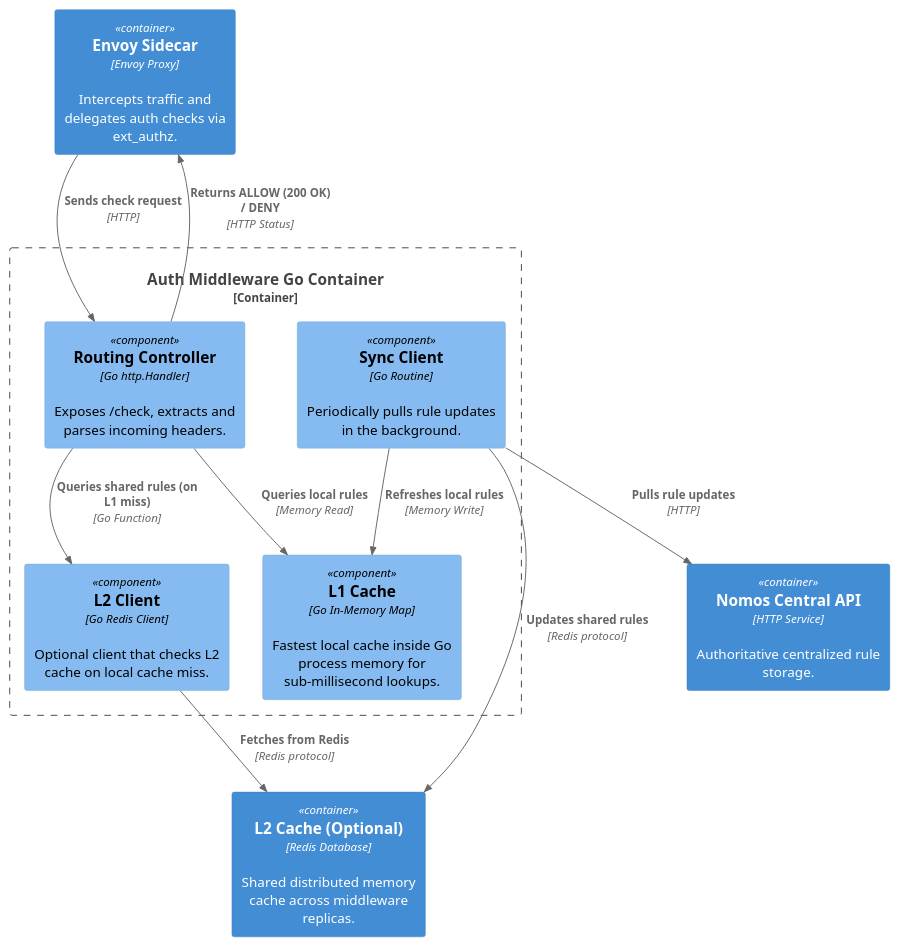
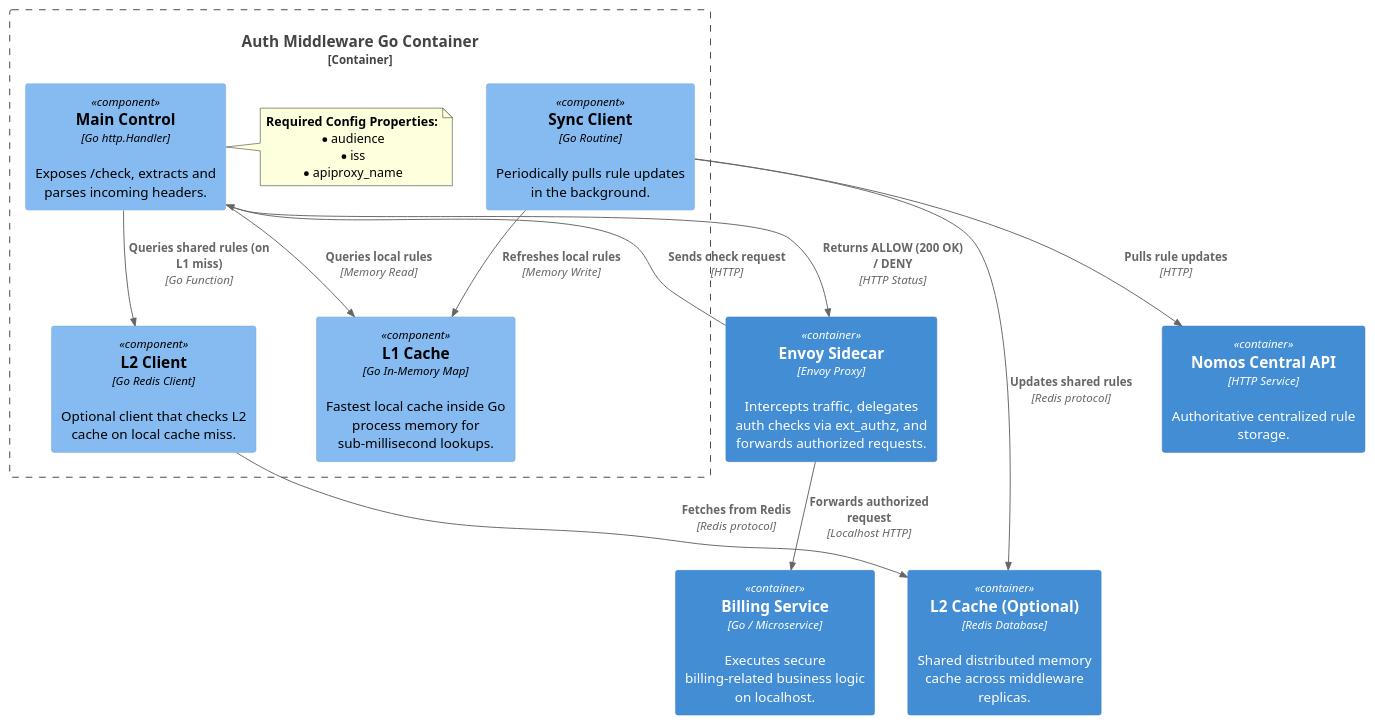
The diagram in public/blog/2026-08-08-auth-ext-middleware/c3-component.puml (kiquetal/kiquetal.github.io), drawn with PlantUML before and after one commit. The commit also changed 1 other file, not shown here.

Commit message:
feat: update C4 diagrams for billing service with detailed components and roles

```diff
--- a/public/blog/2026-08-08-auth-ext-middleware/c3-component.puml
+++ b/public/blog/2026-08-08-auth-ext-middleware/c3-component.puml
@@ -1,25 +1,34 @@
 @startuml
 !includeurl https://raw.githubusercontent.com/RicardoNiepel/C4-PlantUML/release/1-0/C4_Component.puml
 
-Container(sidecar, "Envoy Sidecar", "Envoy Proxy", "Intercepts traffic and delegates auth checks via ext_authz.")
+Container(sidecar, "Envoy Sidecar", "Envoy Proxy", "Intercepts traffic, delegates auth checks via ext_authz, and forwards authorized requests.")
+Container(backend, "Billing Service", "Go / Microservice", "Executes secure billing-related business logic on localhost.")
 
 Container_Boundary(middleware, "Auth Middleware Go Container") {
-    Component(router, "Routing Controller", "Go http.Handler", "Exposes /check, extracts and parses incoming headers.")
+    Component(router, "Main Control", "Go http.Handler", "Exposes /check, extracts and parses incoming headers.")
     Component(l1, "L1 Cache", "Go In-Memory Map", "Fastest local cache inside Go process memory for sub-millisecond lookups.")
     Component(l2_client, "L2 Client", "Go Redis Client", "Optional client that checks L2 cache on local cache miss.")
     Component(sync, "Sync Client", "Go Routine", "Periodically pulls rule updates in the background.")
+    
+    note right of router
+      **Required Config Properties:**
+      * audience
+      * iss
+      * apiproxy_name
+    end note
 }
 
 Container(redis, "L2 Cache (Optional)", "Redis Database", "Shared distributed memory cache across middleware replicas.")
 Container(nomos_api, "Nomos Central API", "HTTP Service", "Authoritative centralized rule storage.")
 
 Rel(sidecar, router, "Sends check request", "HTTP")
 Rel(router, l1, "Queries local rules", "Memory Read")
 Rel(router, l2_client, "Queries shared rules (on L1 miss)", "Go Function")
 Rel(l2_client, redis, "Fetches from Redis", "Redis protocol")
 Rel(sync, nomos_api, "Pulls rule updates", "HTTP")
 Rel(sync, l1, "Refreshes local rules", "Memory Write")
 Rel(sync, redis, "Updates shared rules", "Redis protocol")
 Rel(router, sidecar, "Returns ALLOW (200 OK) / DENY", "HTTP Status")
+Rel(sidecar, backend, "Forwards authorized request", "Localhost HTTP")
 
 @enduml
```
